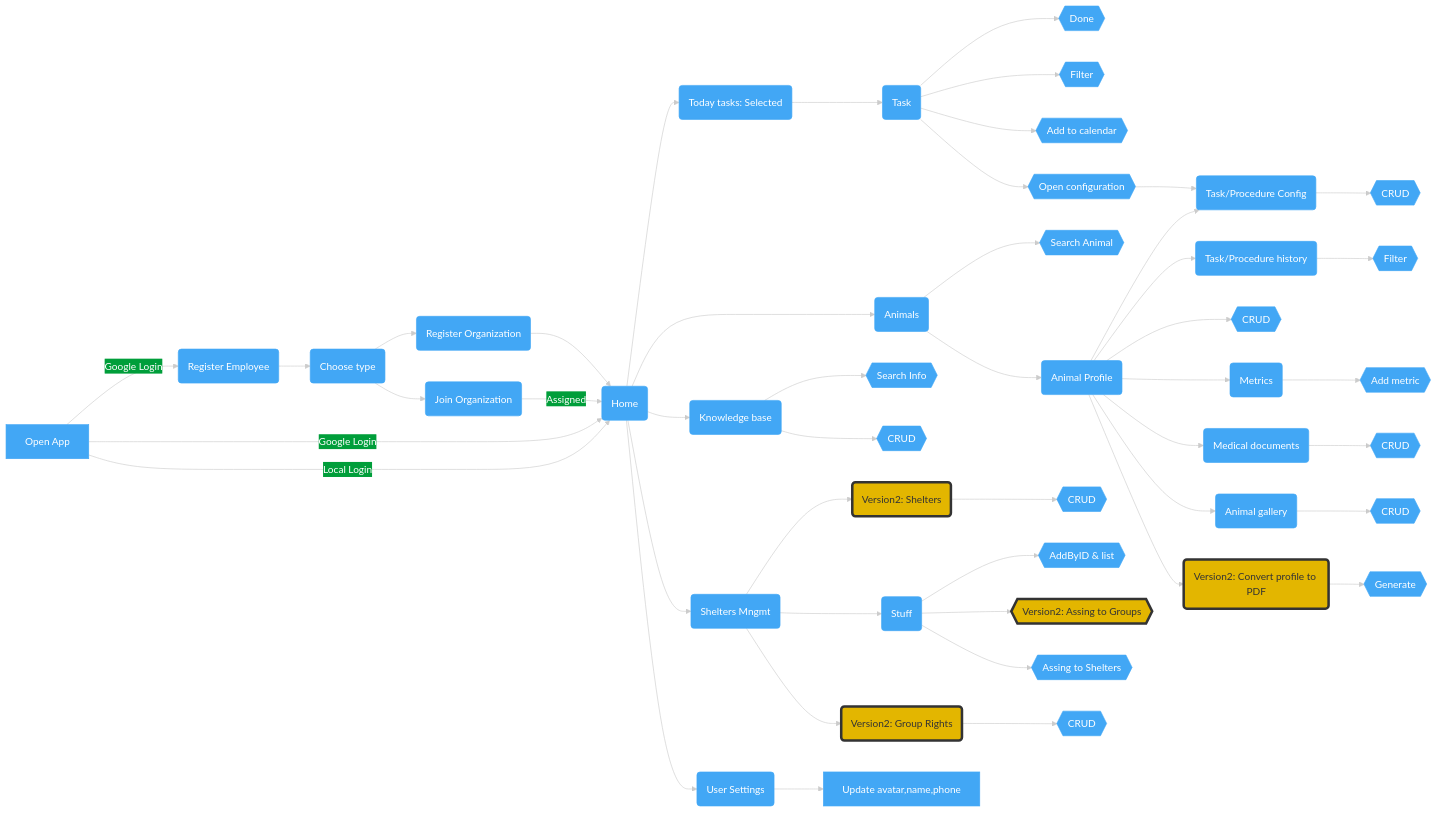
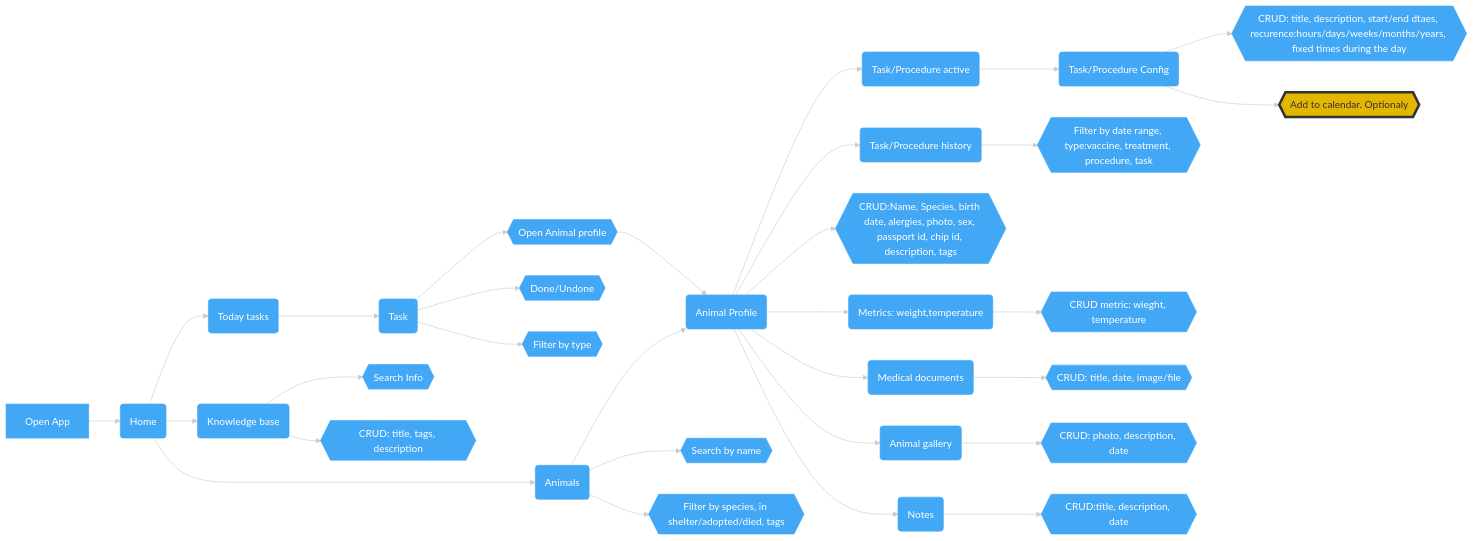
One commit to UkraineAnimalHelp/Shelters-Management-App changed the diagram in docs/UIFlow.md. Above: the diagram before and after it, drawn with Mermaid. The commit also changed other lines of this file, not shown here.

Commit message:
UI Flow V1

````diff
--- a/docs/UIFlow.md
+++ b/docs/UIFlow.md
@@ -9,54 +19,42 @@
 ```mermaid
 %%{init: {
     "theme": "base",
     "themeVariables": {
         "primaryColor": "#42a7f5",
         "primaryTextColor": "#fff",
         "primaryBorderColor": "#42a7f5",
         "lineColor": "#cccccc",
         "secondaryColor": "#009e3a"
     }
 } }%%
 flowchart LR;
-    style AssingGroups fill:#e3b600,stroke:#333,color:#333,stroke-width:4px
-    style GroupRights fill:#e3b600,stroke:#333,color:#333,stroke-width:4px
-    style MakePDF fill:#e3b600,stroke:#333,color:#333,stroke-width:4px
-    style Shelters fill:#e3b600,stroke:#333,color:#333,stroke-width:4px
-
-    A[Open App] -->|Google Login| Register(Register Employee)-->ChooseType(Choose type)
-    ChooseType(Choose type)-->RegisterOrg(Register Organization)--> Home(Home)
-    ChooseType(Choose type)-->AssignToOrg(Join Organization)-->|Assigned| Home(Home)
-    A[Open App] -->|Google Login| Home(Home)
-    A[Open App] -->|Local Login| Home(Home)
-    Home --> Tasks(Today tasks: Selected)
+ 
+    A[Open App] --> Home(Home)
+    Home --> Tasks(Today tasks)
     Home --> Animals(Animals)
     Home --> Knowledge(Knowledge base)
-    Home --> SheltersMngmt(Shelters Mngmt)
-    Home --> UserSettings(User Settings)-->UpdateUserSettings[Update avatar,name,phone]
+  
+    style Notify fill:#e3b600,stroke:#333,color:#333,stroke-width:4px
 
     Tasks-->Task(Task)
-    Task-->Done{{Done}}
-    Task-->Filter{{Filter}}
-    Task-->Notify{{Add to calendar}}
-    Task-->OpenTaskConfig{{Open configuration}}
-    OpenTaskConfig-->TaskConfig(Task/Procedure Config)-->CRUDTaskConfig{{CRUD}}
+    Task-->Done{{Done/Undone}}
+    Task-->Filter{{Filter by type}}
+    Task-->OpenAnimalProfile{{Open Animal profile}}
+    OpenAnimalProfile-->AnimalProfile
 
-    Animals-->SerchAnimal{{Search Animal}}
+    Animals-->SerchAnimal{{Search by name}}
+    Animals-->FilterAnimal{{Filter by species, in shelter/adopted/died, tags}}
     Animals-->AnimalProfile(Animal Profile)
-    AnimalProfile-->TaskConfig
-    AnimalProfile-->TaskHistory(Task/Procedure history)-->FilterHistory{{Filter}}
-    AnimalProfile-->CRUDAnimalProfile{{CRUD}}
-    AnimalProfile-->Metrics(Metrics)-->AddMetric{{Add metric}}
-    AnimalProfile-->MedicalDocs(Medical documents)-->CRUDAddMedicalDoc{{CRUD}}
-    AnimalProfile-->AnimalGallery(Animal gallery)-->CRUDAnimalGallery{{CRUD}}
-    AnimalProfile-->MakePDF(Version2: Convert profile to PDF)-->Generate{{Generate}}
+
+    AnimalProfile-->TaskProcedureActive(Task/Procedure active)-->TaskConfig(Task/Procedure Config)-->CRUDTaskConfig{{CRUD: title, description, start/end dtaes, recurence:hours/days/weeks/months/years, fixed times during the day}}
+    TaskConfig-->Notify{{Add to calendar. Optionaly}}
+    AnimalProfile-->TaskHistory(Task/Procedure history)-->FilterHistory{{Filter by date range, type:vaccine, treatment, procedure, task}}
+    AnimalProfile-->CRUDAnimalProfile{{CRUD:Name, Species, birth date, alergies, photo, sex, passport id, chip id, description, tags}}
+    AnimalProfile-->Metrics(Metrics: weight,temperature)-->AddMetric{{CRUD metric: wieght, temperature}}
+    AnimalProfile-->MedicalDocs(Medical documents)-->CRUDAddMedicalDoc{{CRUD: title, date, image/file}}
+    AnimalProfile-->AnimalGallery(Animal gallery)-->CRUDAnimalGallery{{CRUD: photo, description, date}}
+    AnimalProfile-->Notes(Notes)-->CRUDNotes{{CRUD:title, description, date}}
 
     Knowledge-->SearchInfo{{Search Info}}
-    Knowledge-->CRUDKnowledge{{CRUD}}
-
-    SheltersMngmt-->Shelters(Version2: Shelters)-->CRUDShelters{{CRUD}}
-    SheltersMngmt-->Stuff(Stuff)-->CRUDStuff{{AddByID & list}}
-    Stuff(Stuff)-->AssingGroups{{Version2: Assing to Groups}}
-    Stuff(Stuff)-->AssingShelters{{Assing to Shelters}}
-    SheltersMngmt-->GroupRights(Version2: Group Rights)-->CRUDGroupRights{{CRUD}}
+    Knowledge-->CRUDKnowledge{{CRUD: title, tags, description}}
 ```
````
